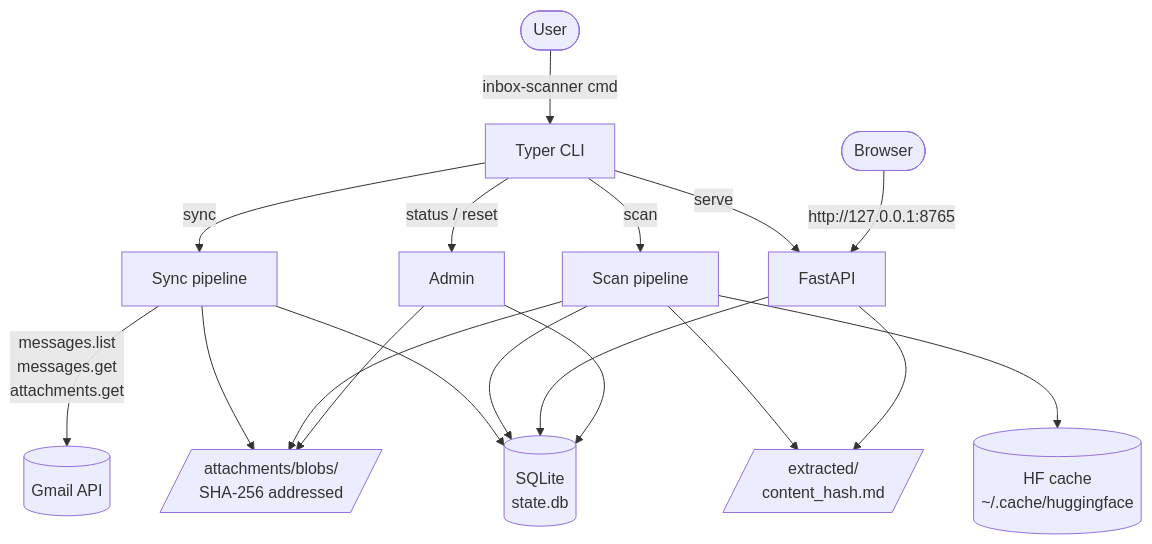
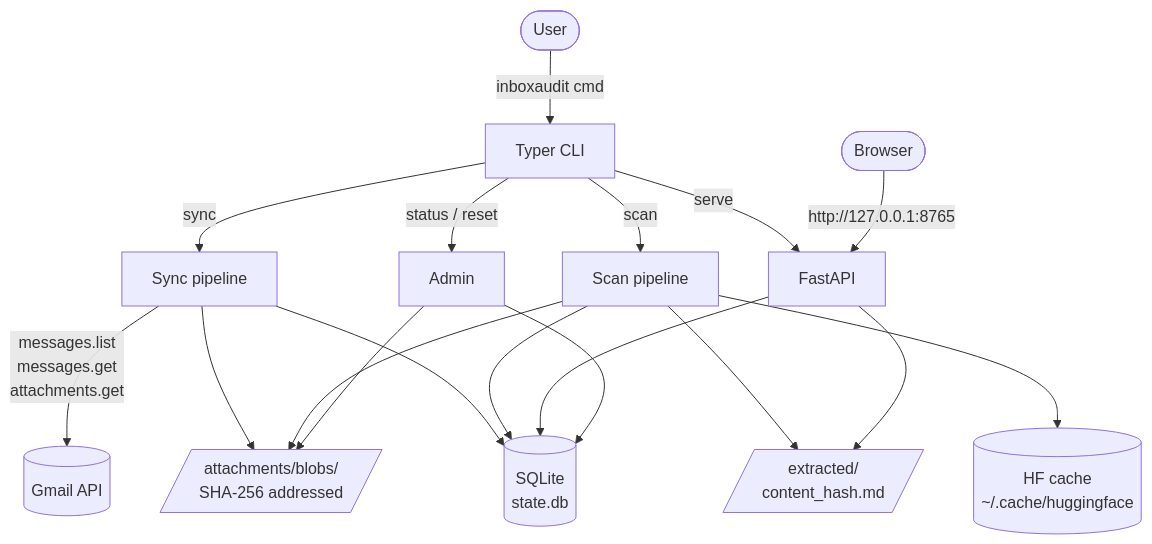
One commit to lastlad/inbox-pii-scanner changed the first of 2 diagrams in docs/architecture.md. Above: the diagram before and after it, drawn with Mermaid. The commit also changed other lines of this file and 61 other files, not shown here.

Commit message:
Rename project from inbox-pii-scanner to inboxaudit

````diff
--- a/docs/architecture.md
+++ b/docs/architecture.md
@@ -10,25 +10,25 @@
 ```mermaid
 flowchart TB
-    User([User]) -->|inbox-scanner cmd| CLI[Typer CLI]
+    User([User]) -->|inboxaudit cmd| CLI[Typer CLI]
 
     CLI -->|sync| Sync[Sync pipeline]
     CLI -->|scan| Scan[Scan pipeline]
     CLI -->|serve| Server[FastAPI]
     CLI -->|status / reset| Admin[Admin]
 
     Sync -->|messages.list<br/>messages.get<br/>attachments.get| Gmail[(Gmail API)]
     Sync --> BlobStore[/attachments/blobs/<br/>SHA-256 addressed/]
     Sync --> DB[(SQLite<br/>state.db)]
 
     Scan --> BlobStore
     Scan --> Extracted[/extracted/<br/>content_hash.md/]
     Scan --> Models[(HF cache<br/>~/.cache/huggingface)]
     Scan --> DB
 
     Server --> DB
     Server --> Extracted
     Browser([Browser]) -->|http://127.0.0.1:8765| Server
 
     Admin --> DB
     Admin --> BlobStore
 ```
````
